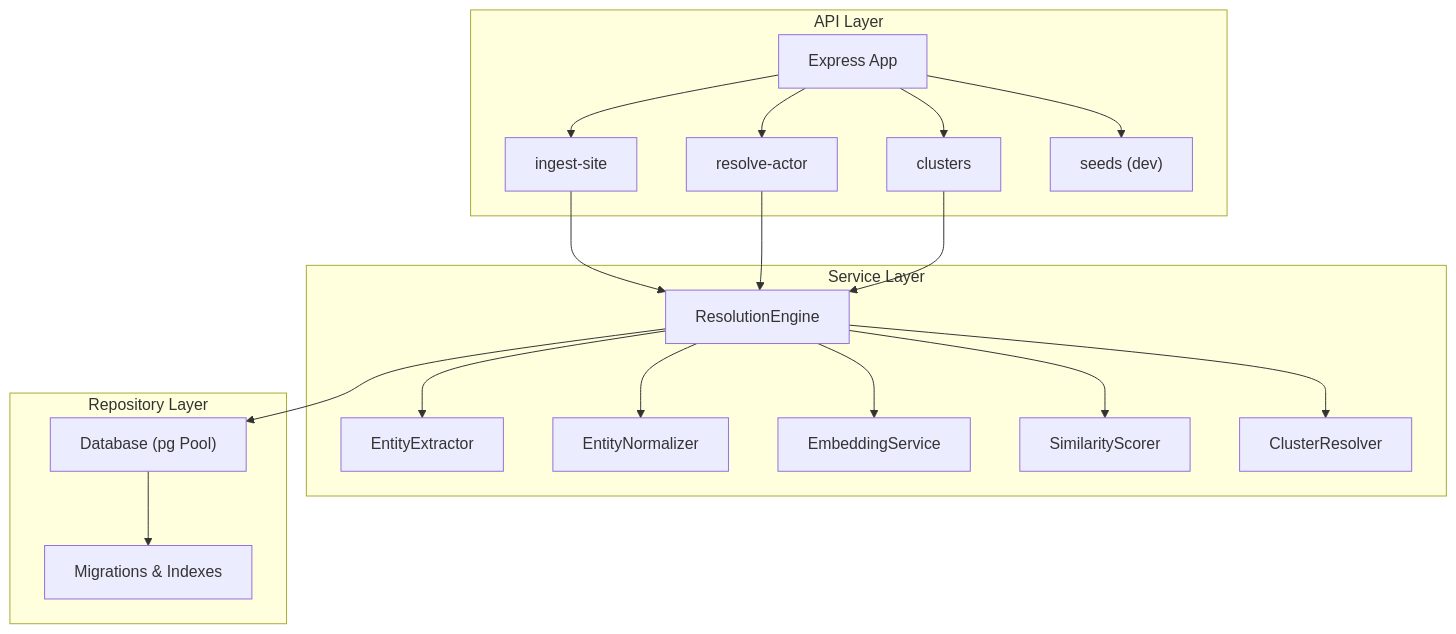
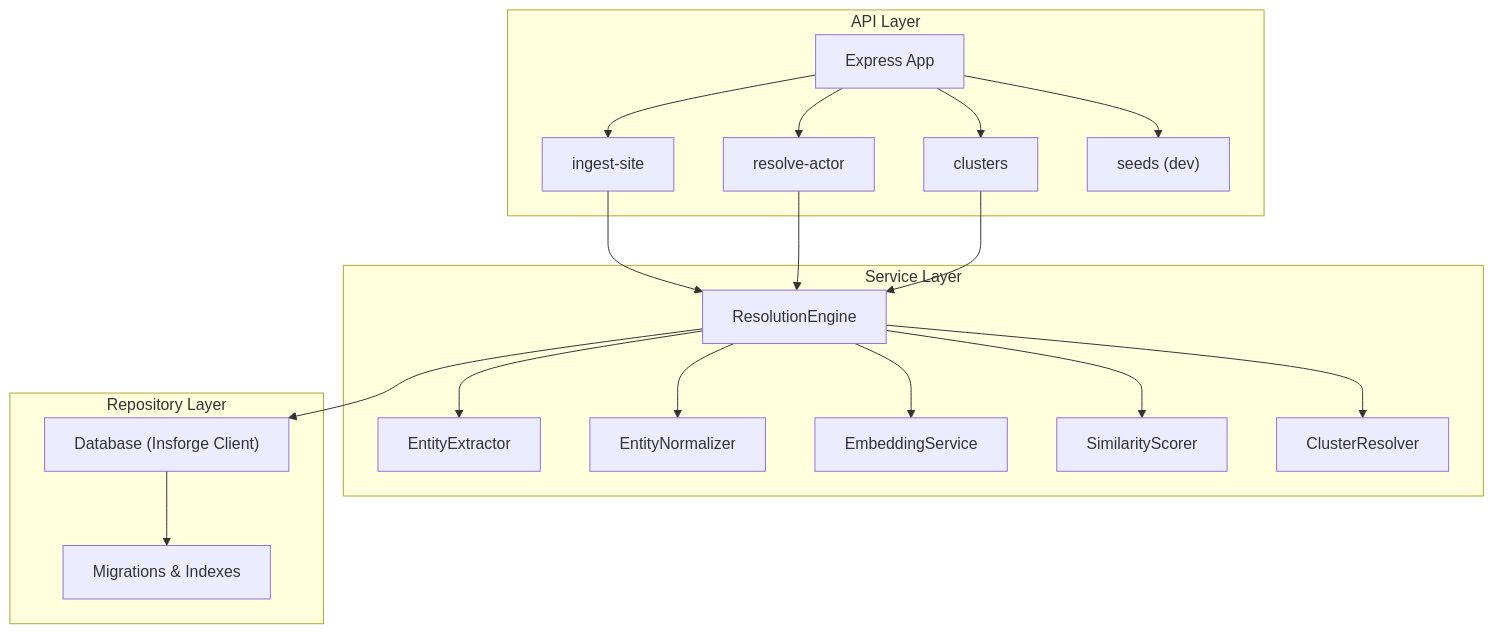
The second of 6 diagrams in .qoder/repowiki/en/content/Deployment & Operations.md (vishnusaibhosekar/ares), drawn with Mermaid before and after one commit. The commit also changed other lines of this file and 12 other files, not shown here.

````diff
--- a/.qoder/repowiki/en/content/Deployment & Operations.md
+++ b/.qoder/repowiki/en/content/Deployment & Operations.md
@@ -97,33 +118,33 @@
 ```mermaid
 graph TB
 subgraph "API Layer"
 S["Express App"]
 R1["ingest-site"]
 R2["resolve-actor"]
 R3["clusters"]
 R4["seeds (dev)"]
 end
 subgraph "Service Layer"
 SE["EntityExtractor"]
 SN["EntityNormalizer"]
 ES["EmbeddingService"]
 SS["SimilarityScorer"]
 CR["ClusterResolver"]
 RE["ResolutionEngine"]
 end
 subgraph "Repository Layer"
-DB["Database (pg Pool)"]
+DB["Database (Insforge Client)"]
 MIG["Migrations & Indexes"]
 end
 S --> R1 --> RE
 S --> R2 --> RE
 S --> R3 --> RE
 S --> R4
 RE --> SE
 RE --> SN
 RE --> ES
 RE --> SS
 RE --> CR
 RE --> DB
 DB --> MIG
 ```
````
